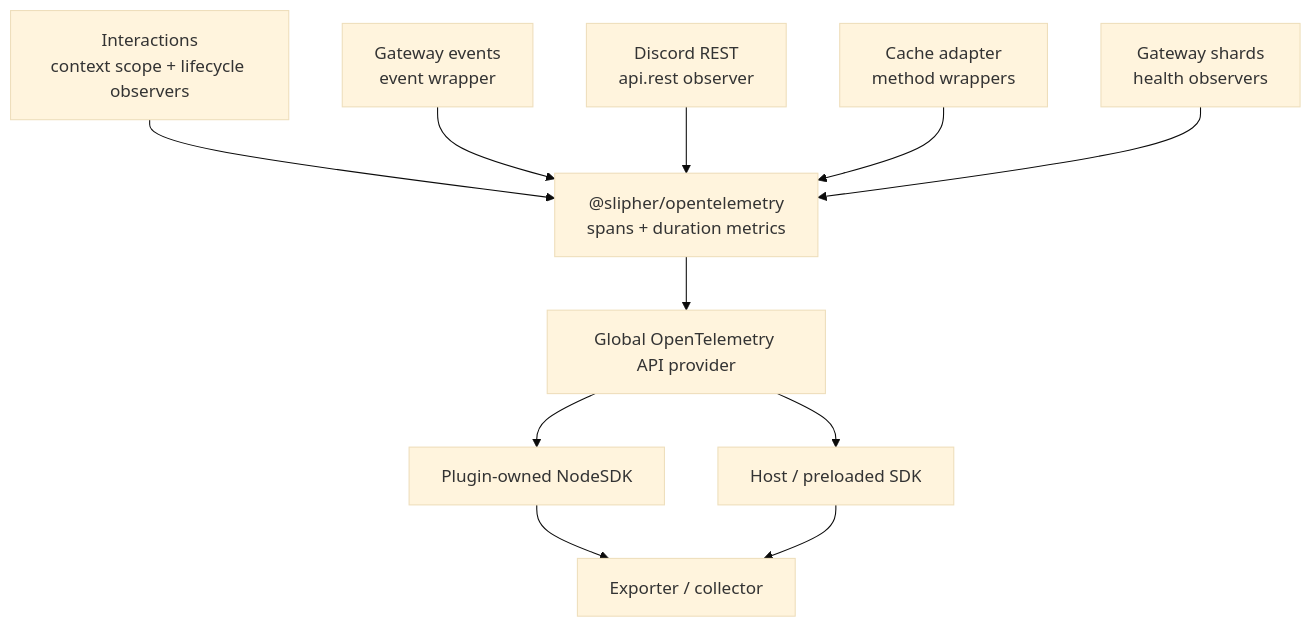
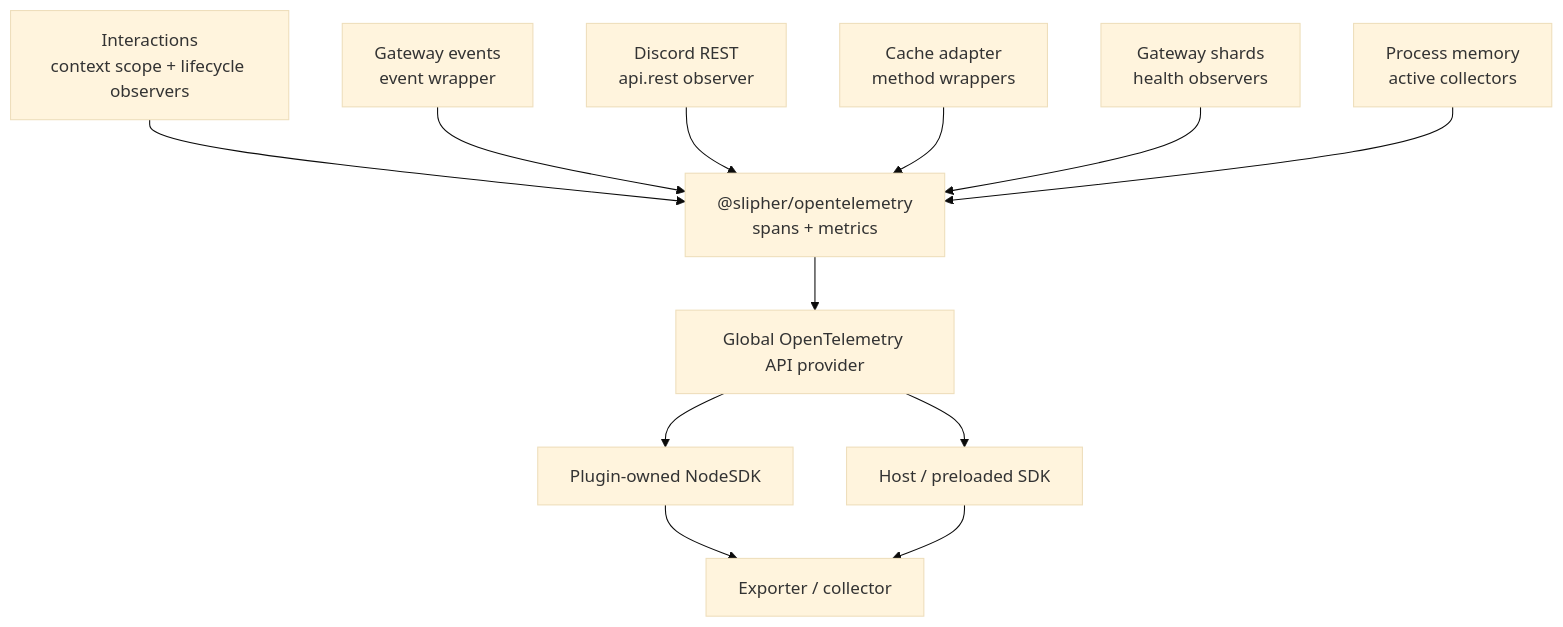
Before and after one commit to tiramisulabs/seyfert-web: the diagram in content/docs/plugins/official/opentelemetry.mdx, drawn with Mermaid (base theme). The commit also changed other lines of this file, not shown here.

Commit message:
docs: simplify OpenTelemetry setup and memory diagnostics (#39)

````diff
--- a/content/docs/plugins/official/opentelemetry.mdx
+++ b/content/docs/plugins/official/opentelemetry.mdx
@@ -78,27 +76,29 @@
 ```mermaid
 flowchart TD
     accTitle: OpenTelemetry plugin architecture
-    accDescr: Seyfert interactions, gateway events, Discord REST calls, cache operations, and gateway shard health are instrumented by the plugin. Spans and metrics use the global OpenTelemetry provider, backed by either a plugin-owned NodeSDK or a host-provided SDK, before reaching an exporter or collector.
+    accDescr: Seyfert interactions, gateway events, Discord REST calls, cache operations, gateway shard health, process memory, and active collectors are instrumented by the plugin. Spans and metrics use the global OpenTelemetry provider, backed by either a plugin-owned NodeSDK or a host-provided SDK, before reaching an exporter or collector.
 
     interactions["Interactions<br/>context scope + lifecycle observers"]
     events["Gateway events<br/>event wrapper"]
     rest["Discord REST<br/>api.rest observer"]
     cache["Cache adapter<br/>method wrappers"]
     gateway["Gateway shards<br/>health observers"]
-    plugin["@slipher/opentelemetry<br/>spans + duration metrics"]
+    diagnostics["Process memory<br/>active collectors"]
+    plugin["@slipher/opentelemetry<br/>spans + metrics"]
     provider["Global OpenTelemetry API provider"]
     owned["Plugin-owned NodeSDK"]
     host["Host / preloaded SDK"]
     exporter["Exporter / collector"]
 
     interactions --> plugin
     events --> plugin
     rest --> plugin
     cache --> plugin
     gateway --> plugin
+    diagnostics --> plugin
     plugin --> provider
     provider --> owned
     provider --> host
     owned --> exporter
     host --> exporter
 ```
````
